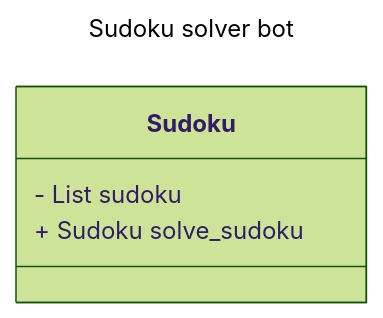
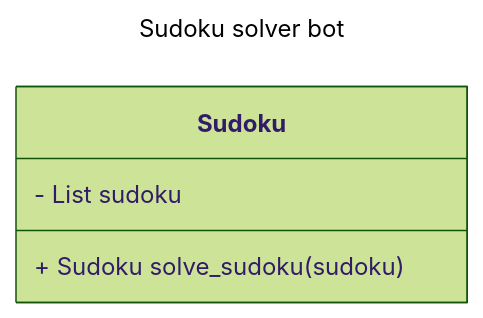
The diagram in README.md (richardgonzalezm/Sudoku_solver_bot), drawn with Mermaid (forest theme) before and after one commit. The commit also changed other lines of this file, not shown here.

Commit message:
updating sudoku class diagram

````diff
--- a/README.md
+++ b/README.md
@@ -2,10 +3,10 @@
 ```mermaid
 ---
 title: Sudoku solver bot
 ---
 classDiagram
   class Sudoku {
   - List sudoku
-  + Sudoku solve_sudoku
+  + Sudoku solve_sudoku (sudoku)
 }
 ```
````
